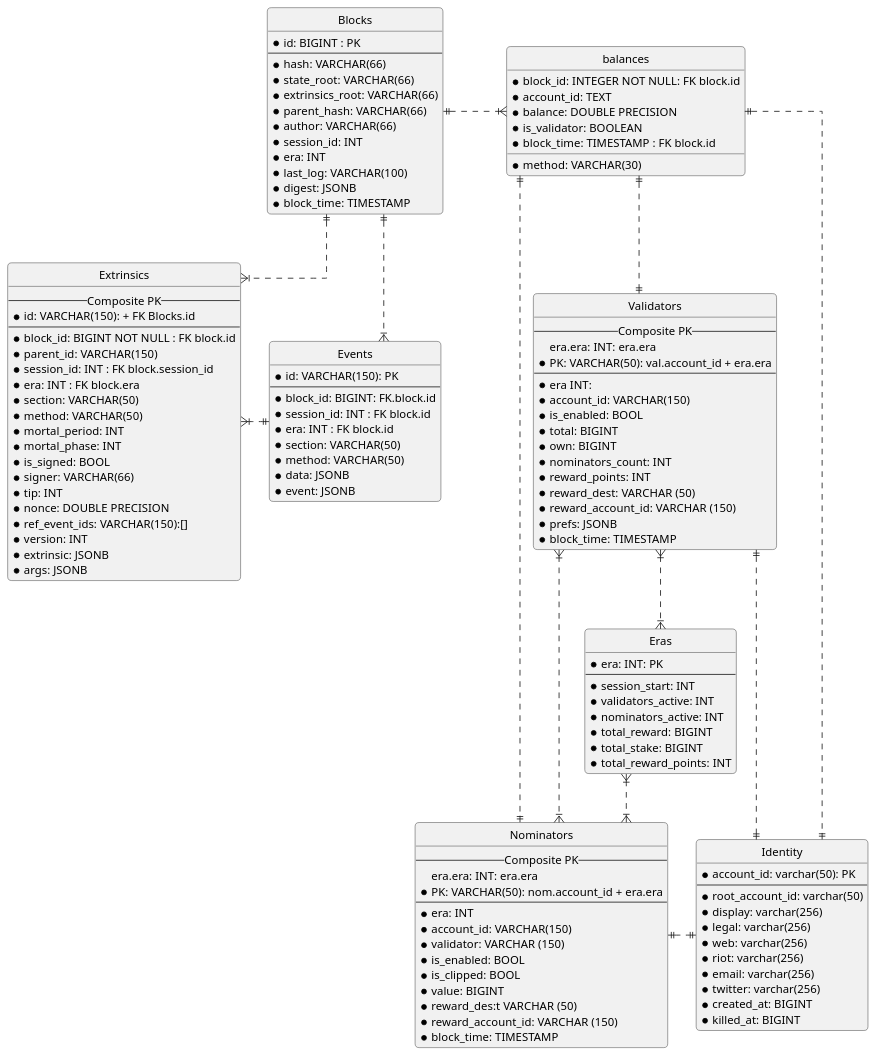
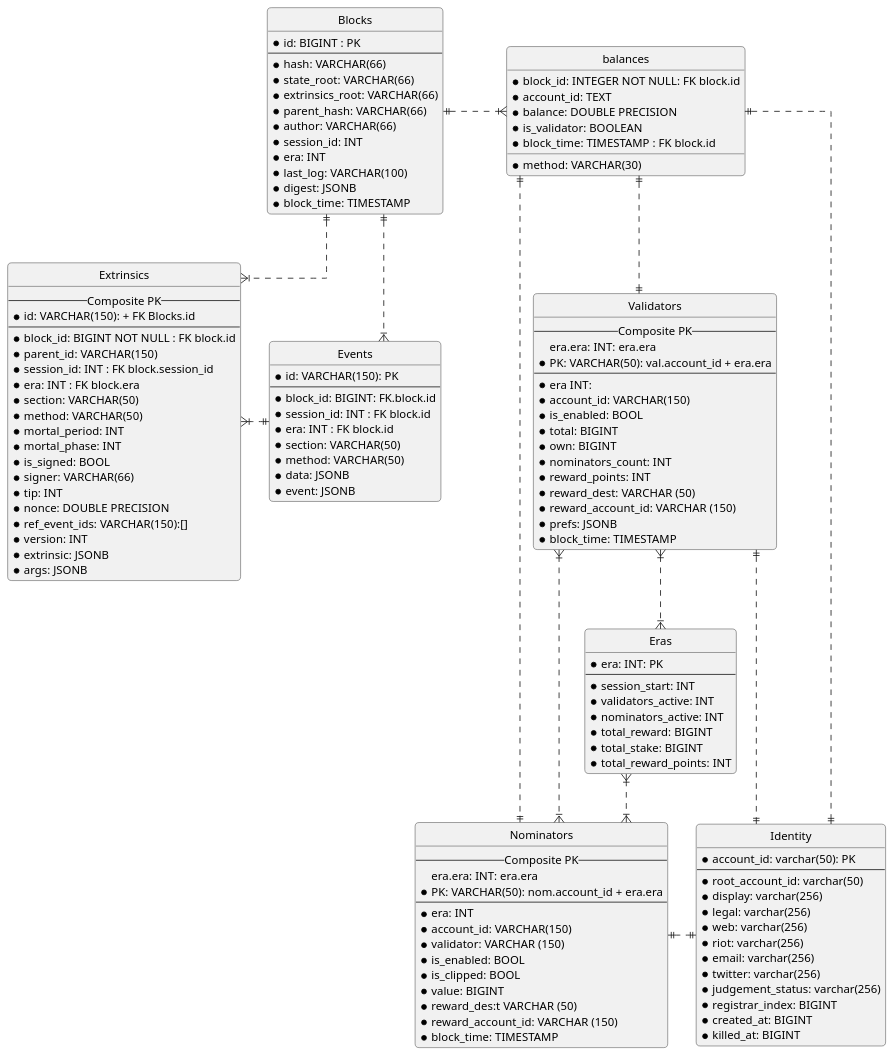
One commit to p2p-org/polkadot-profit-transformer changed the diagram in docs/erd.puml. Above: the diagram before and after it, drawn with PlantUML.

Commit message:
update .puml schema with new account_identity fileds

```diff
--- a/docs/erd.puml
+++ b/docs/erd.puml
@@ -1,144 +1,146 @@
 @startuml ER-diagram
 
 ' hIde the spot
 hIde circle
 
 ' avoId problems with angled crows feet
 skinparam {
     Linetype ortho
     Shadowing false
     RoundCorner 10
 }
 
 entity "Blocks" as block {
     *id: BIGINT : PK
     --
     *hash: VARCHAR(66)
     *state_root: VARCHAR(66)
     *extrinsics_root: VARCHAR(66)
     *parent_hash: VARCHAR(66)
     *author: VARCHAR(66)
     *session_id: INT
     *era: INT
     *last_log: VARCHAR(100)
     *digest: JSONB
     *block_time: TIMESTAMP
 }
 
 entity "Events" as events {
     *id: VARCHAR(150): PK
     --
     *block_id: BIGINT: FK.block.id
     *session_id: INT : FK block.id
     *era: INT : FK block.id
     *section: VARCHAR(50)
     *method: VARCHAR(50)
     *data: JSONB
     *event: JSONB
 }
 
 entity "Extrinsics" as ex {
     --Composite PK --
     *id: VARCHAR(150): + FK Blocks.id
     --
     *block_id: BIGINT NOT NULL : FK block.id
     *parent_id: VARCHAR(150)
     *session_id: INT : FK block.session_id
     *era: INT : FK block.era
     *section: VARCHAR(50)
     *method: VARCHAR(50)
     *mortal_period: INT
     *mortal_phase: INT
     *is_signed: BOOL
     *signer: VARCHAR(66)
     *tip: INT
     *nonce: DOUBLE PRECISION
     *ref_event_ids: VARCHAR(150):[]
     *version: INT
     *extrinsic: JSONB
     *args: JSONB
 }
 
 entity "Eras" as era {
     *era: INT: PK
     --
     *session_start: INT
     *validators_active: INT
     *nominators_active: INT
     *total_reward: BIGINT
     *total_stake: BIGINT
     *total_reward_points: INT
 }
 
 entity "Validators" as val {
     --Composite PK --
     era.era: INT: era.era
     *PK: VARCHAR(50): val.account_id + era.era
     --
     *era INT:
     *account_id: VARCHAR(150)
     *is_enabled: BOOL
     *total: BIGINT
     *own: BIGINT
     *nominators_count: INT
     *reward_points: INT
     *reward_dest: VARCHAR (50)
     *reward_account_id: VARCHAR (150)
     *prefs: JSONB
     *block_time: TIMESTAMP
 }
 
 entity "Nominators" as nom {
     --Composite PK --
     era.era: INT: era.era
     *PK: VARCHAR(50): nom.account_id + era.era
     --
     *era: INT
     *account_id: VARCHAR(150)
     *validator: VARCHAR (150)
     *is_enabled: BOOL
     *is_clipped: BOOL
     *value: BIGINT
     *reward_des:t VARCHAR (50)
     *reward_account_id: VARCHAR (150)
     *block_time: TIMESTAMP
 }
 
 entity "Identity" as ac {
     *account_id: varchar(50): PK
     --
     *root_account_id: varchar(50)
     *display: varchar(256)
     *legal: varchar(256)
     *web: varchar(256)
     *riot: varchar(256)
     *email: varchar(256)
     *twitter: varchar(256)
+    *judgement_status: varchar(256)
+    *registrar_index: BIGINT
     *created_at: BIGINT
     *killed_at: BIGINT
 }
 
 entity "balances" as balances {
     *block_id: INTEGER NOT NULL: FK block.id
     *account_id: TEXT
     *balance: DOUBLE PRECISION
     *method: VARCHAR(30)
     *is_validator: BOOLEAN
     *block_time: TIMESTAMP : FK block.id
 }
 
 nom ||.right.|| ac
 era }|..|{ nom
 val }|..|{ era
 val }|..|{ nom
 val ||..|| ac
 balances ||..|| ac
 balances ||..|| nom
 balances ||..|| val
 balances }|.left.|| block
 ' block }|..|| era не вижу явной связи
 block ||..|{ events
 block ||..|{ ex
 ex }|.right.|| events
 
 @enduml
```
